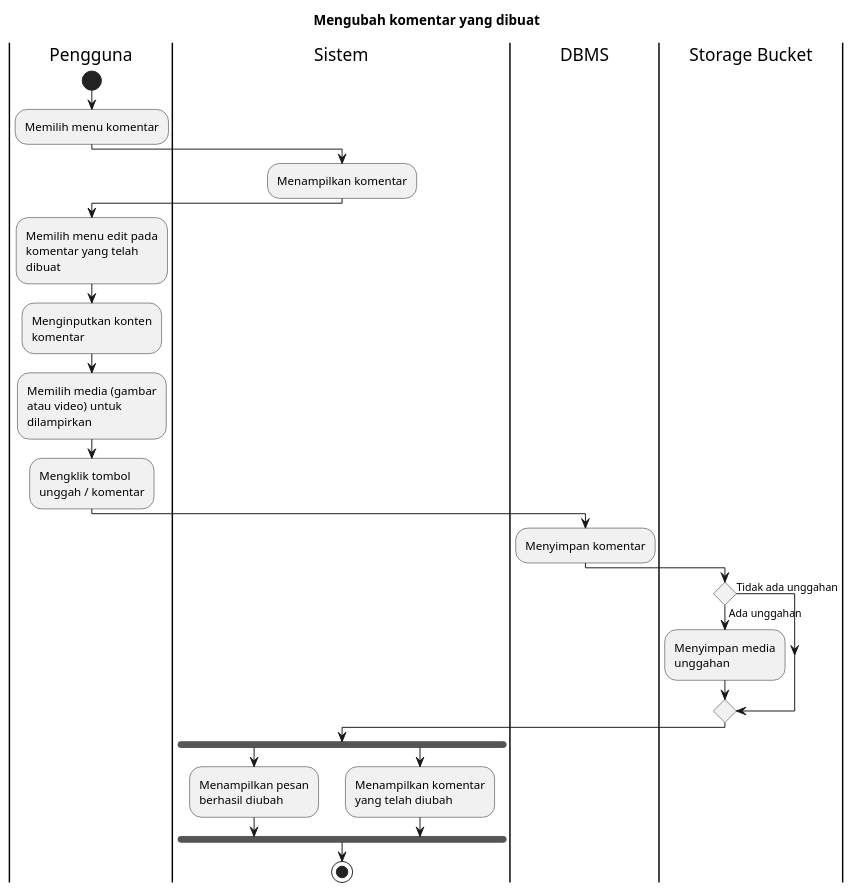
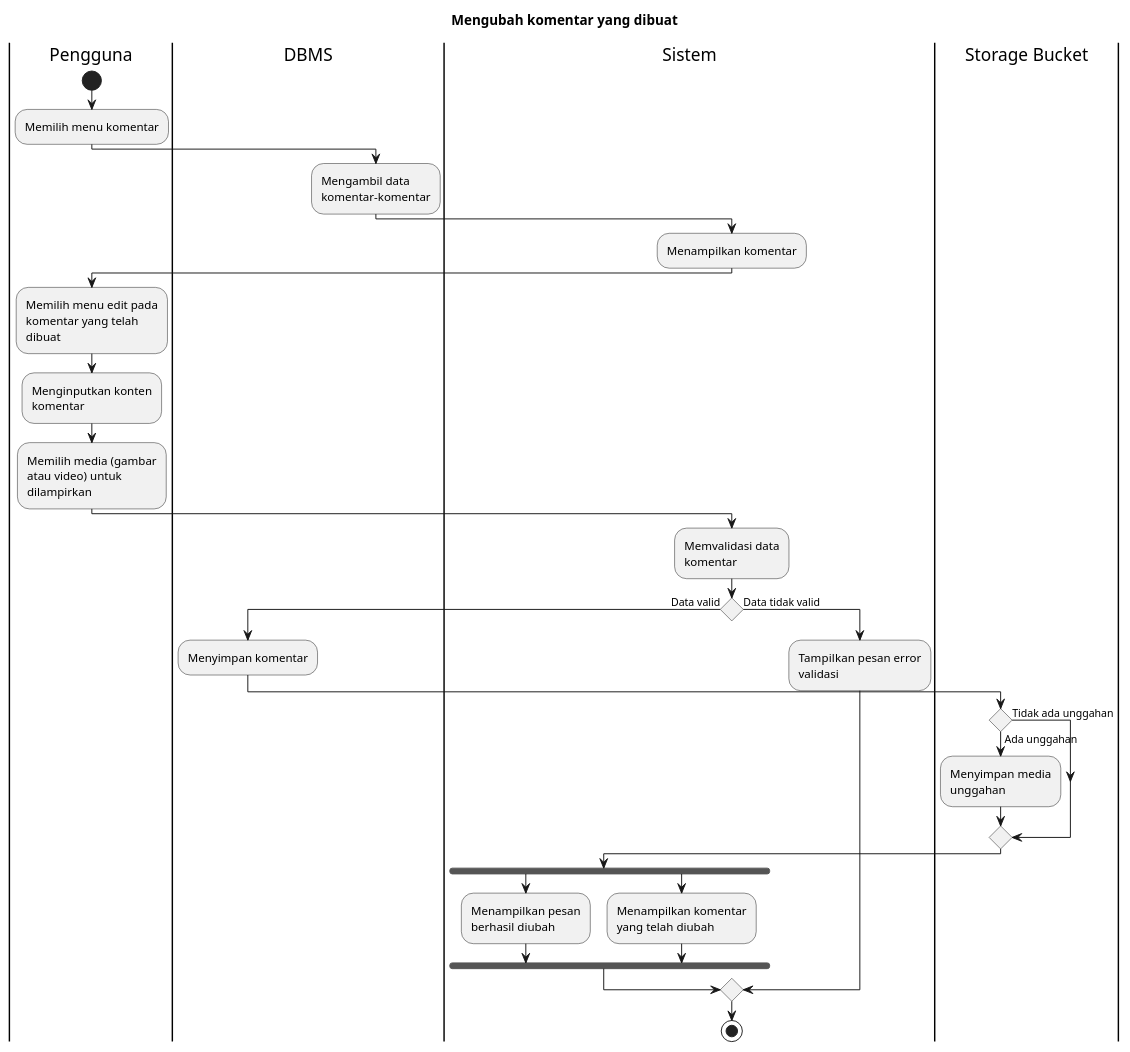
Before and after one commit to bagusNA/appl-diagrams: the diagram in Activity Diagrams/UC-MAP - Peta Bencana/UC-MAP-013 - Mengubah komentar yang telah dibuat.puml, drawn with PlantUML. The commit also changed 112 other files, not shown here.

Commit message:
feat: overhaul activity diagrams

```diff
--- a/Activity Diagrams/UC-MAP - Peta Bencana/UC-MAP-013 - Mengubah komentar yang telah dibuat.puml
+++ b/Activity Diagrams/UC-MAP - Peta Bencana/UC-MAP-013 - Mengubah komentar yang telah dibuat.puml
@@ -1,37 +1,47 @@
 @startuml UC-MAP-013 - Mengubah komentar yang dibuat 
 skinparam wrapWidth 140
 
 title Mengubah komentar yang dibuat
  
 |Pengguna|
 start
 :Memilih menu komentar;
 
+|DBMS|
+:Mengambil data komentar-komentar;
+
 |Sistem|
 :Menampilkan komentar;
 
 |Pengguna|
 :Memilih menu edit pada komentar yang telah dibuat;
 :Menginputkan konten komentar;
 :Memilih media (gambar atau video) untuk dilampirkan;
-:Mengklik tombol unggah / komentar;
-
-|DBMS|
-:Menyimpan komentar;
-
-|Storage Bucket|
-if () then (Tidak ada unggahan)
-else (Ada unggahan)
-:Menyimpan media unggahan;
-endif
 
 |Sistem|
-fork
-  :Menampilkan pesan berhasil diubah;
-fork again
-  :Menampilkan komentar yang telah diubah;
-endfork
+:Memvalidasi data komentar;
+
+if () then (Data valid)
+  |DBMS|
+  :Menyimpan komentar;
+
+  |Storage Bucket|
+  if () then (Tidak ada unggahan)
+  else (Ada unggahan)
+  :Menyimpan media unggahan;
+  endif
+
+  |Sistem|
+  fork
+    :Menampilkan pesan berhasil diubah;
+  fork again
+    :Menampilkan komentar yang telah diubah;
+  endfork
+else (Data tidak valid)
+  |Sistem|
+  :Tampilkan pesan error validasi;
+endif
 
 stop
 
 @enduml
```
